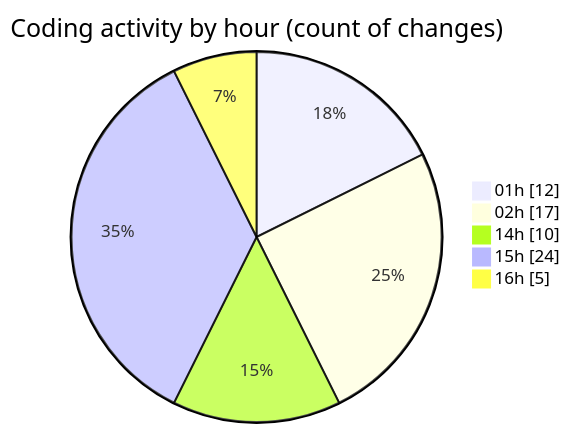
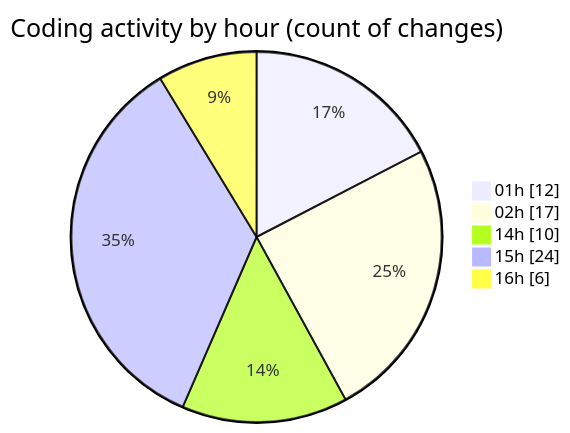
One commit to julien-gomy/code-tracking changed the second of 2 diagrams in 2025-11-16/eventscop-frontend-guide__workspace_/README.md. Above: the diagram before and after it, drawn with Mermaid. The commit also changed other lines of this file and 1 other file, not shown here.

````diff
--- a/2025-11-16/eventscop-frontend-guide__workspace_/README.md
+++ b/2025-11-16/eventscop-frontend-guide__workspace_/README.md
@@ -45,9 +45,9 @@
 ```mermaid
 pie showData
 title Coding activity by hour (count of changes)
 "01h" : 12
 "02h" : 17
 "14h" : 10
 "15h" : 24
-"16h" : 5
+"16h" : 6
 ```
````
